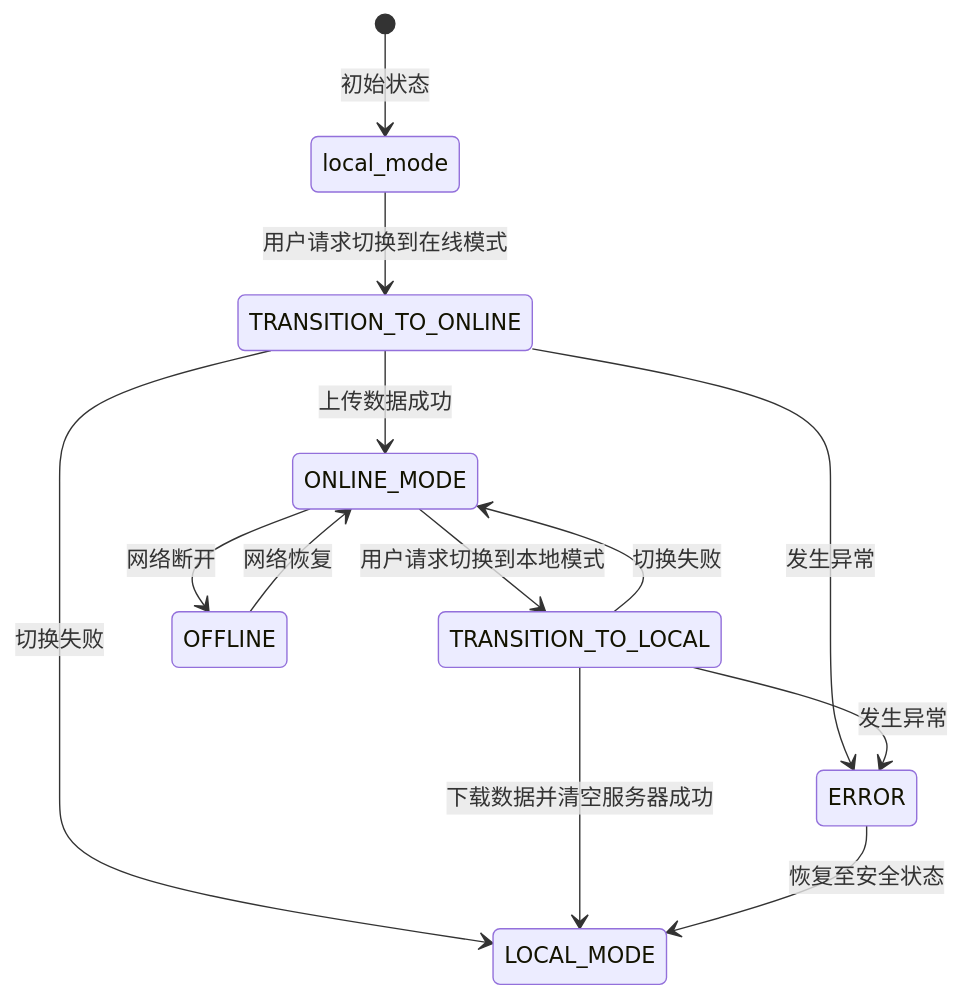
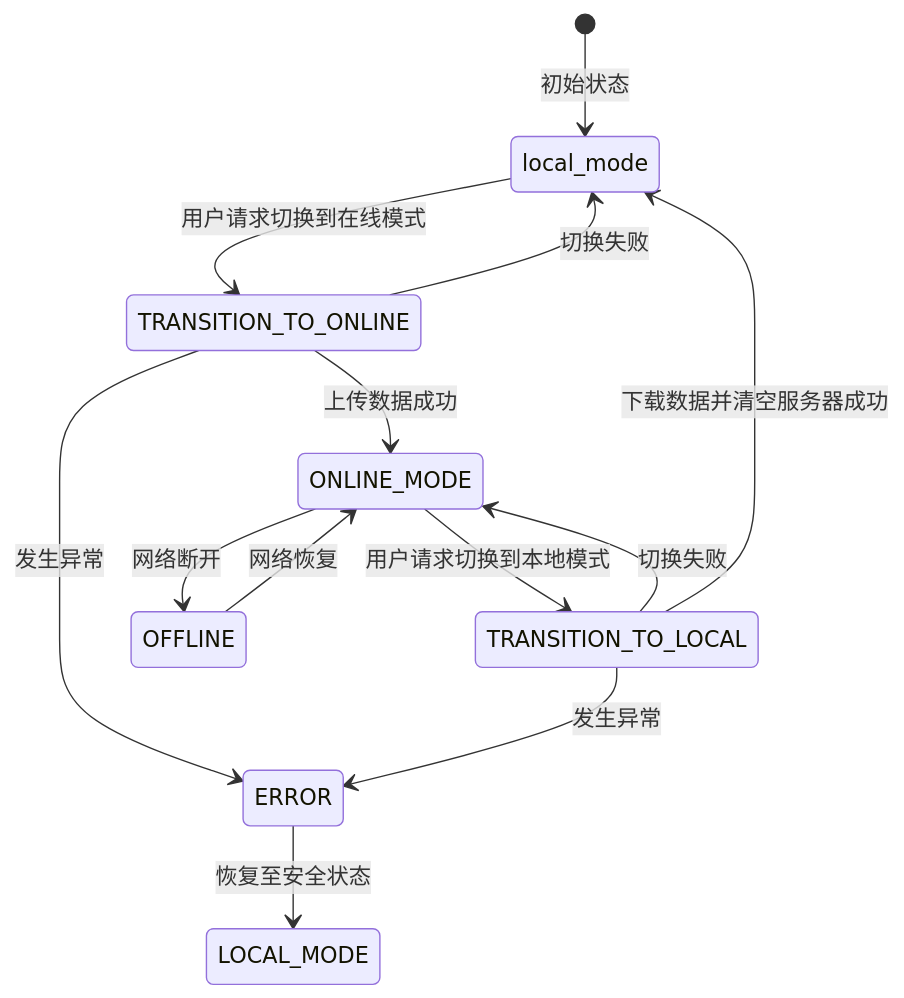
The diagram in all/未命名-48.md (yingjianzh/iodraw-files), drawn with Mermaid before and after one commit.

Commit message:
2025-05-07 16:17:19 update

````diff
--- a/all/未命名-48.md
+++ b/all/未命名-48.md
@@ -1,19 +1,19 @@
 ```mermaid
 stateDiagram-v2
     [*] --> local_mode: 初始状态
     
     local_mode --> TRANSITION_TO_ONLINE: 用户请求切换到在线模式
-    TRANSITION_TO_ONLINE --> LOCAL_MODE: 切换失败
+    TRANSITION_TO_ONLINE --> local_mode: 切换失败
     TRANSITION_TO_ONLINE --> ONLINE_MODE: 上传数据成功
     
     ONLINE_MODE --> TRANSITION_TO_LOCAL: 用户请求切换到本地模式
     TRANSITION_TO_LOCAL --> ONLINE_MODE: 切换失败
-    TRANSITION_TO_LOCAL --> LOCAL_MODE: 下载数据并清空服务器成功
+    TRANSITION_TO_LOCAL --> local_mode: 下载数据并清空服务器成功
     
     ONLINE_MODE --> OFFLINE: 网络断开
     OFFLINE --> ONLINE_MODE: 网络恢复
     
     TRANSITION_TO_ONLINE --> ERROR: 发生异常
     TRANSITION_TO_LOCAL --> ERROR: 发生异常
     ERROR --> LOCAL_MODE: 恢复至安全状态
 ```
````
